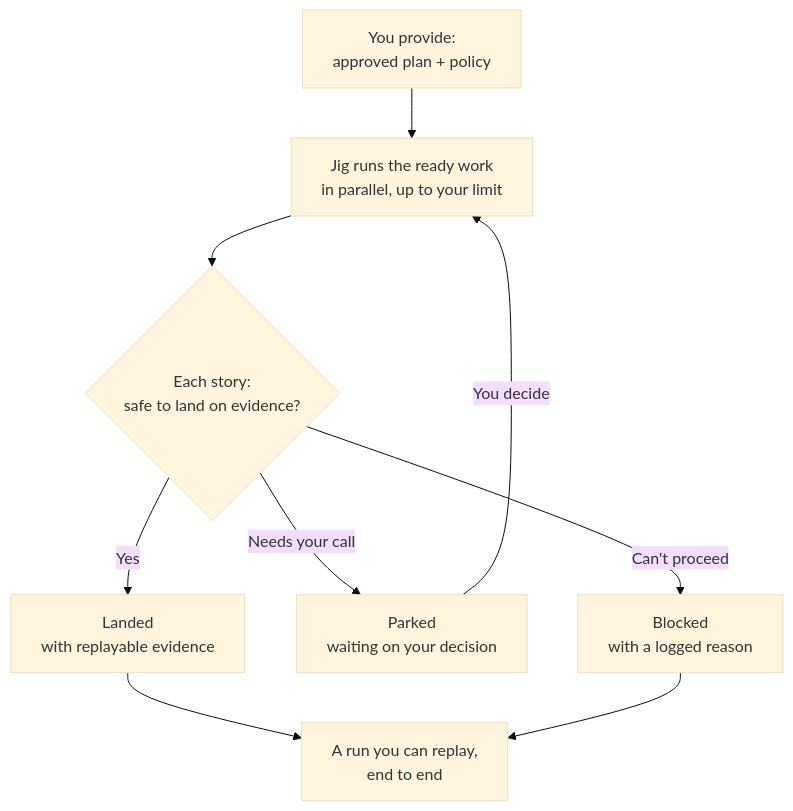
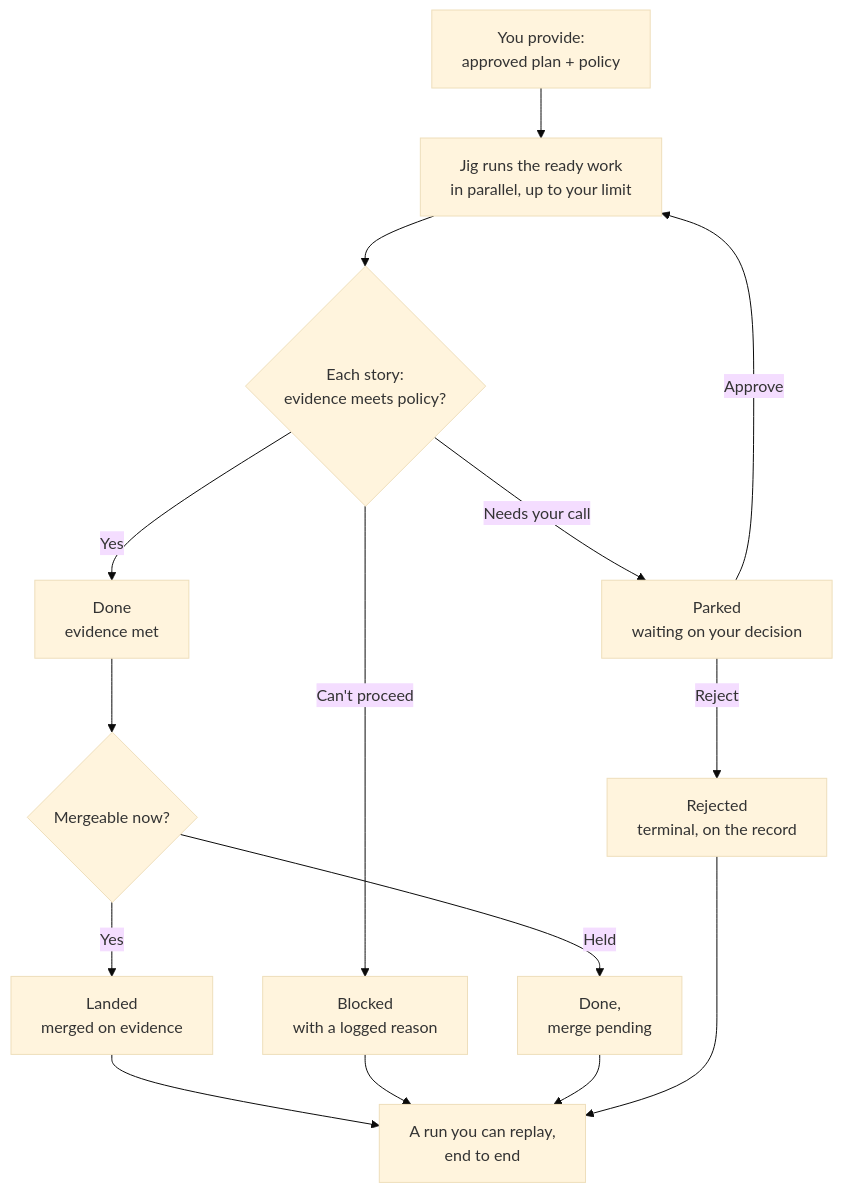
The diagram in docs/product/jig.md (agentic-workflow-kit/jig), drawn with Mermaid (base theme) before and after one commit. The commit also changed 3 other files, not shown here.

````diff
--- a/docs/product/jig.md
+++ b/docs/product/jig.md
@@ -45,11 +45,17 @@
 ```mermaid
 flowchart TD
     A["You provide:<br/>approved plan + policy"] --> B["Jig runs the ready work<br/>in parallel, up to your limit"]
-    B --> C{"Each story:<br/>safe to land on evidence?"}
-    C -->|Yes| D["Landed<br/>with replayable evidence"]
+    B --> C{"Each story:<br/>evidence meets policy?"}
+    C -->|Yes| D["Done<br/>evidence met"]
     C -->|Needs your call| E["Parked<br/>waiting on your decision"]
     C -->|Can't proceed| F["Blocked<br/>with a logged reason"]
-    E -->|You decide| B
-    D --> G["A run you can replay,<br/>end to end"]
+    D --> H{"Mergeable now?"}
+    H -->|Yes| L["Landed<br/>merged on evidence"]
+    H -->|Held| K["Done,<br/>merge pending"]
+    E -->|Approve| B
+    E -->|Reject| R["Rejected<br/>terminal, on the record"]
+    L --> G["A run you can replay,<br/>end to end"]
     F --> G
+    K --> G
+    R --> G
 ```
````
